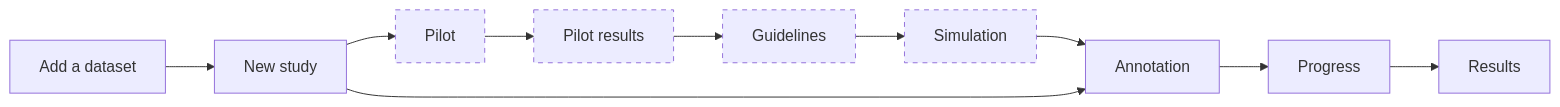
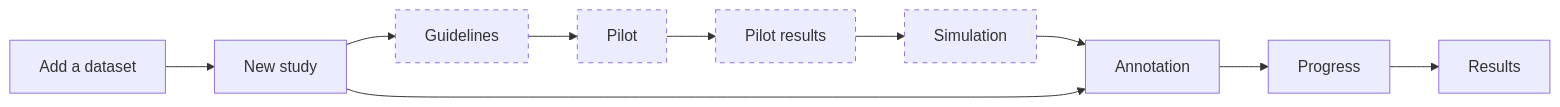
Before and after one commit to TIBHannover/CARA: the diagram in README.md, drawn with Mermaid. The commit also changed other lines of this file, not shown here.

````diff
--- a/README.md
+++ b/README.md
@@ -54,9 +64,9 @@
 ```mermaid
 flowchart LR
   data[Add a dataset] --> study[New study]
-  study --> pilot[Pilot] --> results1[Pilot results] --> guide[Guidelines] --> sim[Simulation] --> annot[Annotation]
+  study --> guide[Guidelines] --> pilot[Pilot] --> results1[Pilot results] --> sim[Simulation] --> annot[Annotation]
   study --> annot
   annot --> progress[Progress] --> final[Results]
   classDef optional stroke-dasharray: 5 5
   class pilot,results1,guide,sim optional
 ```
````
